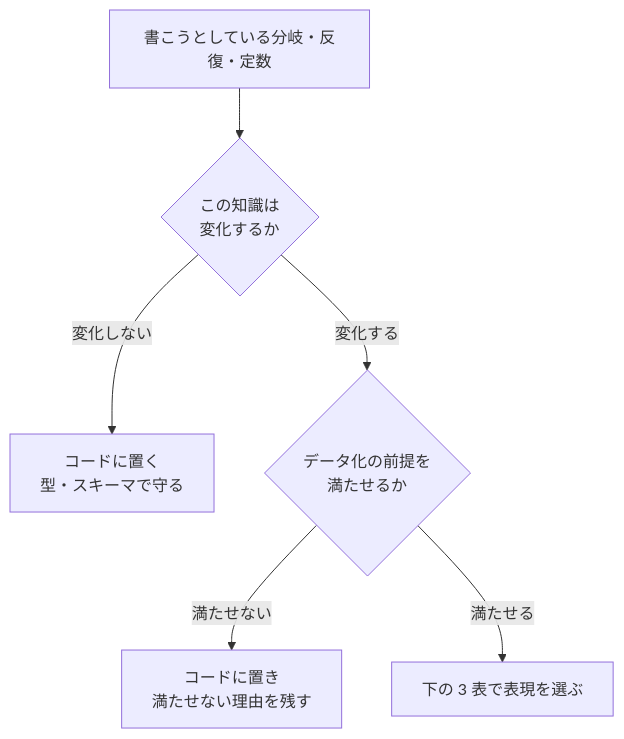
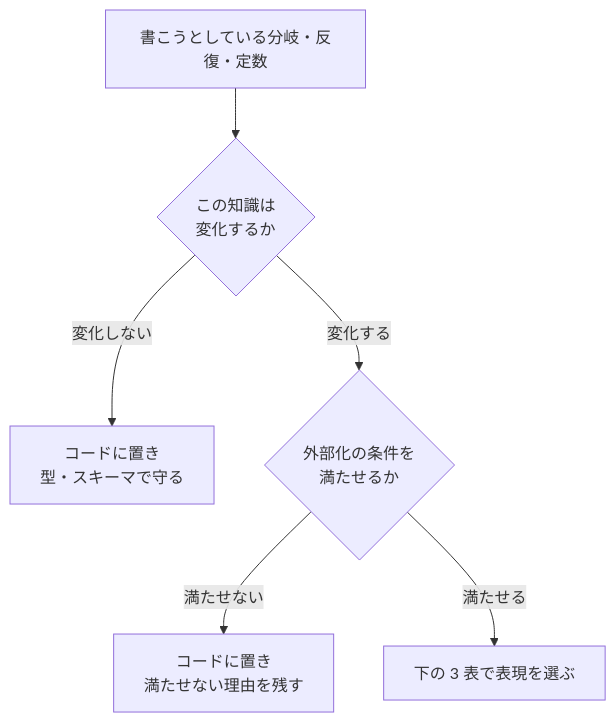
The diagram in plugins/ndf-claude/skills/analyzable-coding/SKILL.md (devbasex/ai-plugins), drawn with Mermaid before and after one commit. The commit also changed other lines of this file and 3 other files, not shown here.

````diff
--- a/plugins/ndf-claude/skills/analyzable-coding/SKILL.md
+++ b/plugins/ndf-claude/skills/analyzable-coding/SKILL.md
@@ -69,8 +80,8 @@
 ```mermaid
 flowchart TD
     A[書こうとしている分岐・反復・定数] --> B{この知識は<br/>変化するか}
-    B -->|変化しない| C[コードに置く<br/>型・スキーマで守る]
-    B -->|変化する| D{データ化の前提を<br/>満たせるか}
+    B -->|変化しない| C[コードに置き<br/>型・スキーマで守る]
+    B -->|変化する| D{外部化の条件を<br/>満たせるか}
     D -->|満たせない| E[コードに置き<br/>満たせない理由を残す]
     D -->|満たせる| F[下の 3 表で表現を選ぶ]
 ```
````
